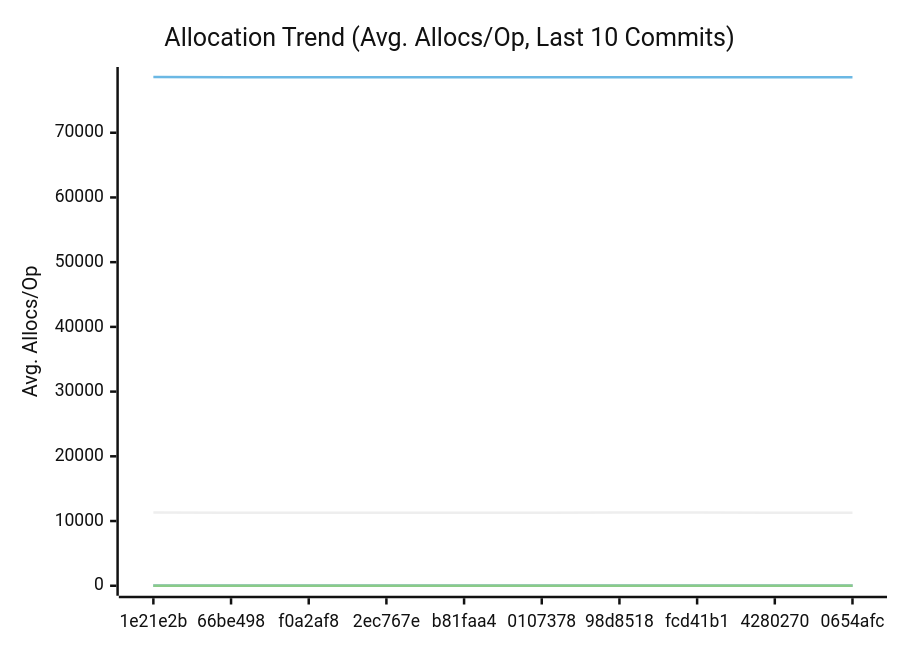
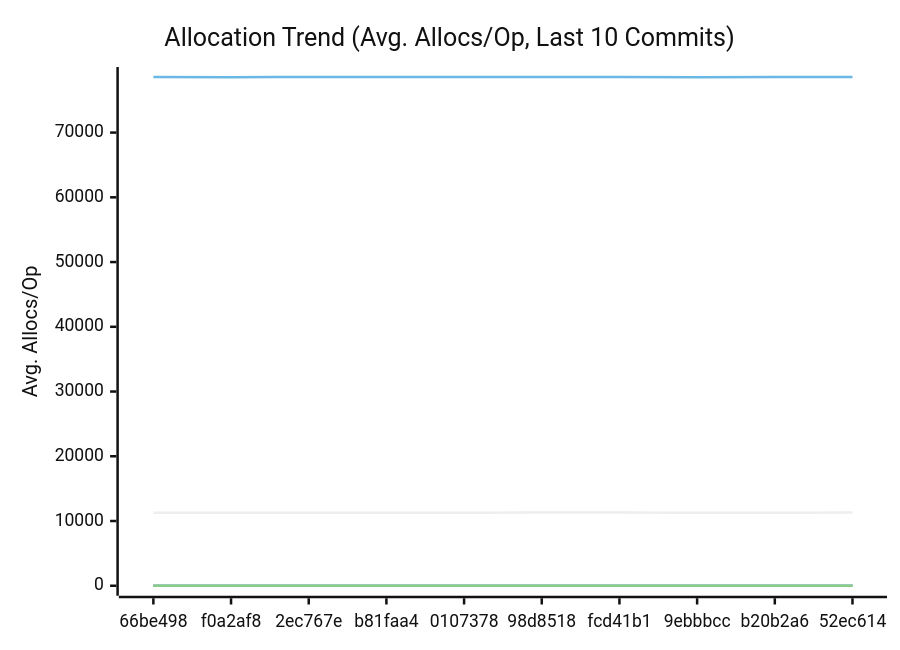
Before and after one commit to alsotoes/momo: the third of 3 diagrams in docs/PERFORMANCE.md, drawn with Mermaid (neutral theme). The commit also changed other lines of this file and 1 other file, not shown here.

````diff
--- a/docs/PERFORMANCE.md
+++ b/docs/PERFORMANCE.md
@@ -197,20 +197,20 @@
 ```mermaid
 xychart-beta
     title "Allocation Trend (Avg. Allocs/Op, Last 10 Commits)"
     x-axis "Commit"
     y-axis "Avg. Allocs/Op"
-    x-axis [1e21e2b,66be498,f0a2af8,2ec767e,b81faa4,0107378,98d8518,fcd41b1,4280270,0654afc]
-    line "AWSChunkedReaderSigned" [11320,11284,11279,11295,11290,11295,11316,11301,11294,11293]
-    line "AWSChunkedReaderUnsigned" [78612,78570,78565,78569,78578,78577,78586,78579,78587,78571]
+    x-axis [66be498,f0a2af8,2ec767e,b81faa4,0107378,98d8518,fcd41b1,9ebbbcc,b20b2a6,52ec614]
+    line "AWSChunkedReaderSigned" [11284,11279,11295,11290,11295,11316,11296,11282,11278,11299]
+    line "AWSChunkedReaderUnsigned" [78570,78565,78569,78578,78577,78586,78573,78566,78584,78579]
     line "CheckMetricsAndSwap" [0,0,0,0,0,0,0,0,0,0]
     line "CrushOptimized" [0,0,0,0,0,0,0,0,0,0]
     line "CrushOriginal" [3,3,3,3,3,3,3,3,3,3]
     line "IndexDirectTracking" [0,0,0,0,0,0,0,0,0,0]
     line "IndexSearch" [0,0,0,0,0,0,0,0,0,0]
     line "LoadGlobalConfig" [46,46,46,46,46,46,46,46,46,46]
     line "PadString" [1,1,1,1,1,1,1,1,1,1]
     line "ParseReplicationOrder_NoPrealloc" [6,6,6,6,6,5,5,5,5,5]
     line "ParseReplicationOrder_Prealloc" [2,2,2,2,2,1,1,1,1,1]
     line "SanitizeLog/Safe" [0,0,0,0,0,0,0,0,0,0]
     line "SanitizeLog/Unsafe" [1,1,1,1,1,1,1,1,1,1]
 ```
````
